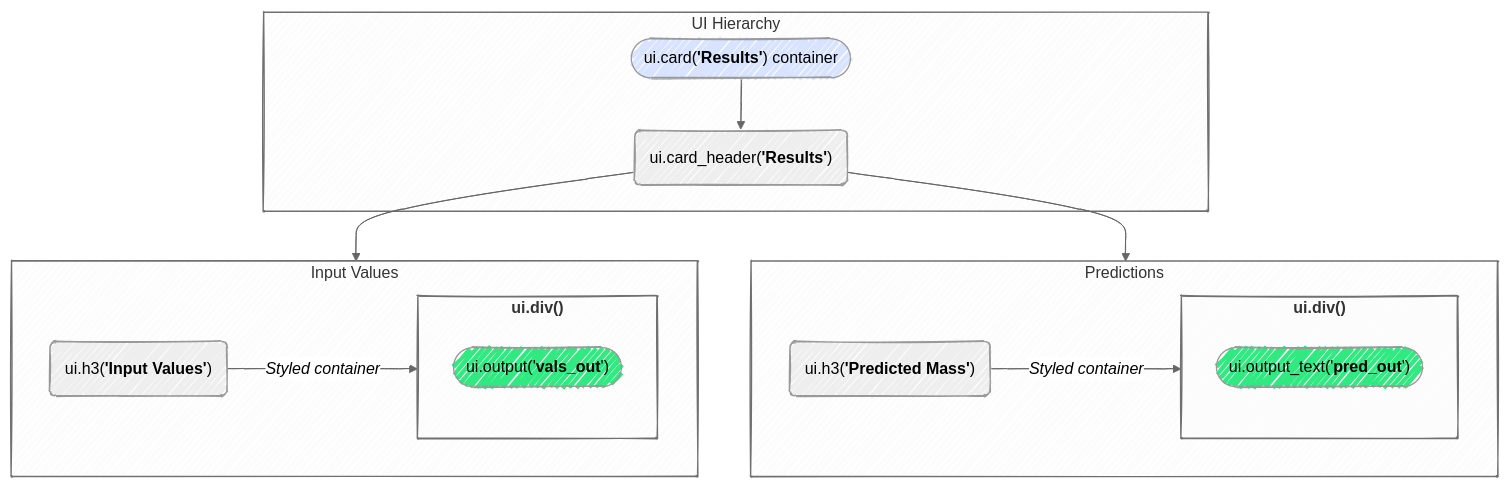
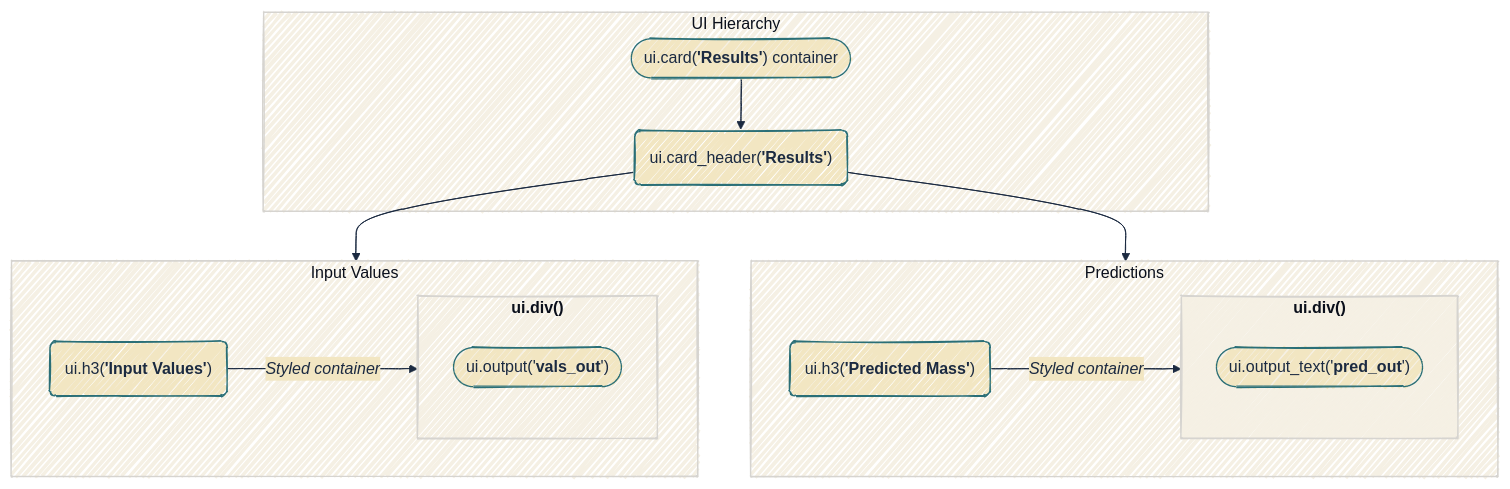
The fourth of 15 diagrams in app-log-py.qmd (mjfrigaard/do4ds-labs), drawn with Mermaid before and after one commit. The commit also changed other lines of this file and 88 other files, not shown here.

````diff
--- a/app-log-py.qmd
+++ b/app-log-py.qmd
@@ -342,38 +337,35 @@
 ```{mermaid}
 %%| fig-cap: 'Predictions (UI)'
 %%| fig-width: 7.0
 %%| fig-align: center
-%%{init: {'theme': 'neutral', 'look': 'handDrawn', 'themeVariables': { 'fontFamily': 'monospace'}}}%%
+%%{init: {'theme': 'base', 'look': 'handDrawn', 'themeVariables': { 'fontFamily': 'monospace', 'primaryColor': '#F2E6C2', 'primaryBorderColor': '#2A6F77', 'primaryTextColor': '#1B2A41', 'secondaryColor': '#d4e7e4', 'tertiaryColor': '#f5f0e4', 'lineColor': '#1B2A41', 'edgeLabelBackground': '#F2E6C2'}}}%%
 
 graph TD
     subgraph "UI Hierarchy"
         Card(["ui.card(<strong>'Results'</strong>) container"])
         Header("ui.card_header(<strong>'Results'</strong>)")
     end
     
     subgraph Inputs["Input Values"]
         InputHeader("ui.h3(<strong>'Input Values'</strong>)")
         subgraph iDiv["<strong>ui.div()</strong>"]
             InpValOut(["ui.output('<strong>vals_out</strong>')"])
         end
     end
     
     subgraph Preds["Predictions"]
         PredHeader("ui.h3(<strong>'Predicted Mass'</strong>)")
         subgraph pDiv["<strong>ui.div()</strong>"]
             PredOut(["ui.output_text('<strong>pred_out</strong>')"])
         end
     end
     
     Card --> Header
     Header --> Inputs
     Header --> Preds
     PredHeader --"<em>Styled container</em>" --> pDiv
     InputHeader --"<em>Styled container</em>" --> iDiv
 
-	style Card fill:#d8e4ff
-	style InpValOut fill:#31e981
-	style PredOut fill:#31e981
     
     
 ```
````
